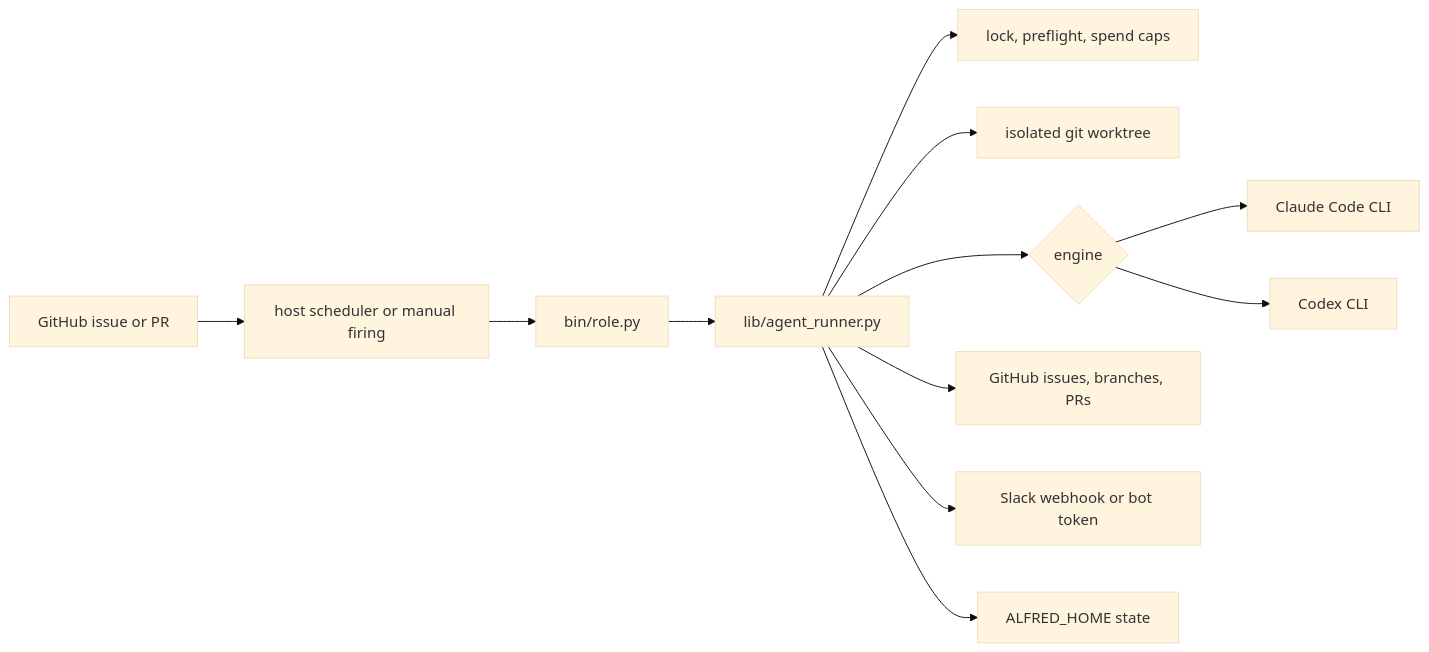
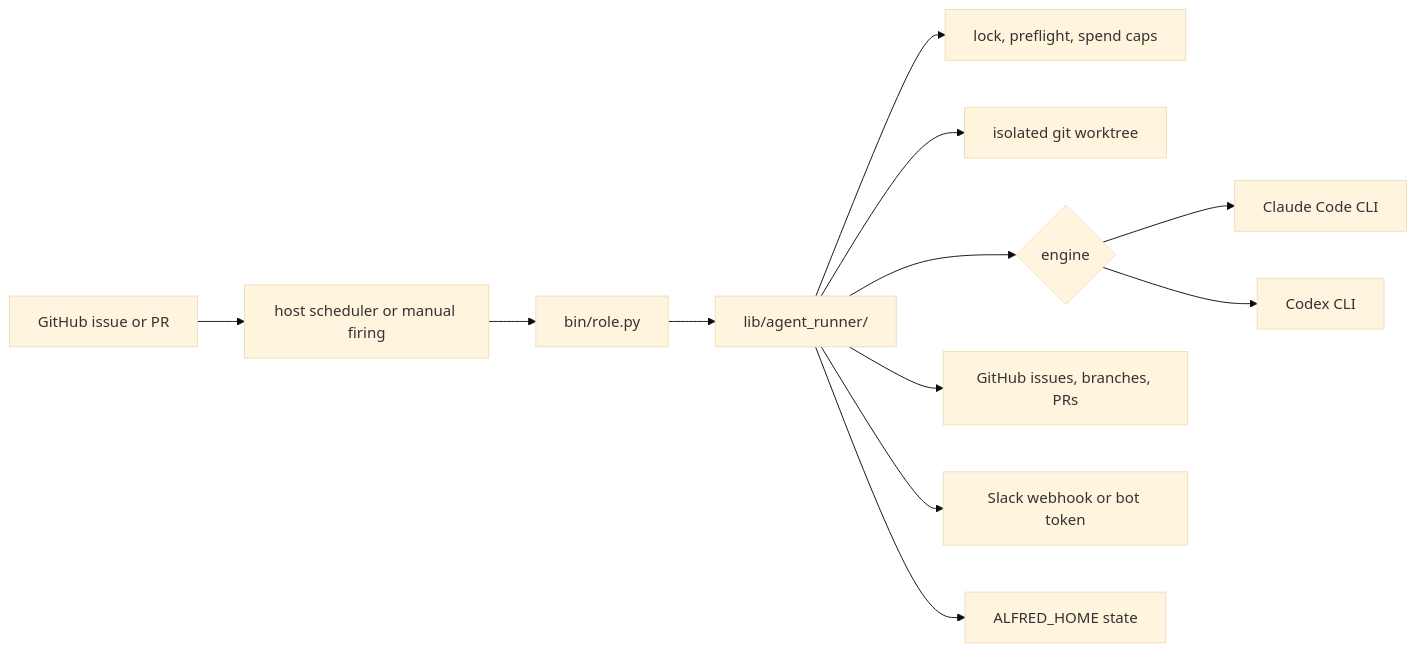
One commit to luminik-io/alfred-os changed the diagram in README.md. Above: the diagram before and after it, drawn with Mermaid (base theme). The commit also changed other lines of this file and 16 other files, not shown here.

First line of the commit message:
docs: fix broken links and stale agent_runner module paths (#188)

````diff
--- a/README.md
+++ b/README.md
@@ -192,14 +192,14 @@
 ```mermaid
 flowchart LR
     issue["GitHub issue or PR"] --> schedule["host scheduler or manual firing"]
     schedule --> runner["bin/role.py"]
-    runner --> shared["lib/agent_runner.py"]
+    runner --> shared["lib/agent_runner/"]
     shared --> lock["lock, preflight, spend caps"]
     shared --> worktree["isolated git worktree"]
     shared --> engine{"engine"}
     engine --> claude["Claude Code CLI"]
     engine --> codex["Codex CLI"]
     shared --> github["GitHub issues, branches, PRs"]
     shared --> slack["Slack webhook or bot token"]
     shared --> state["ALFRED_HOME state"]
 ```
````
